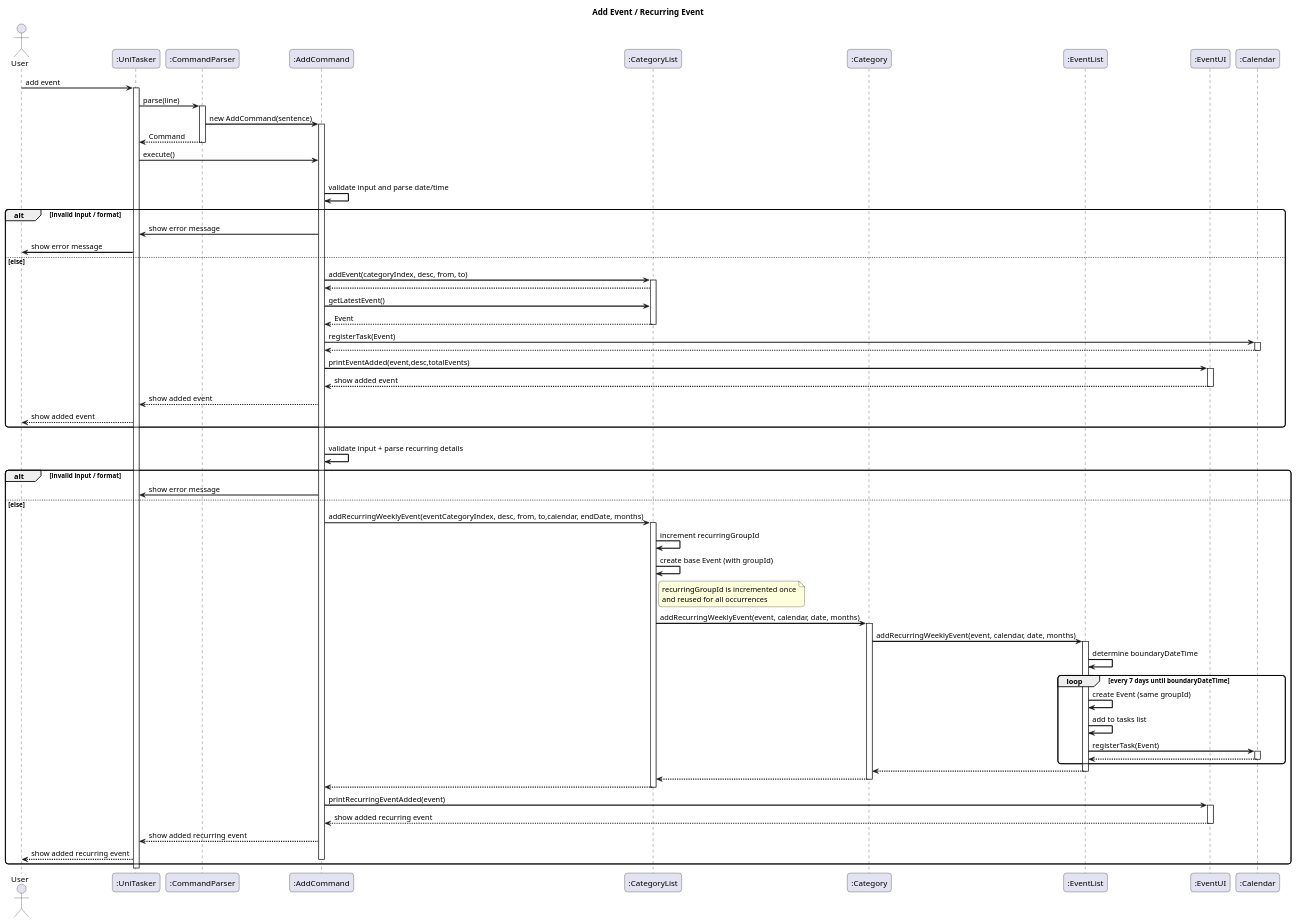
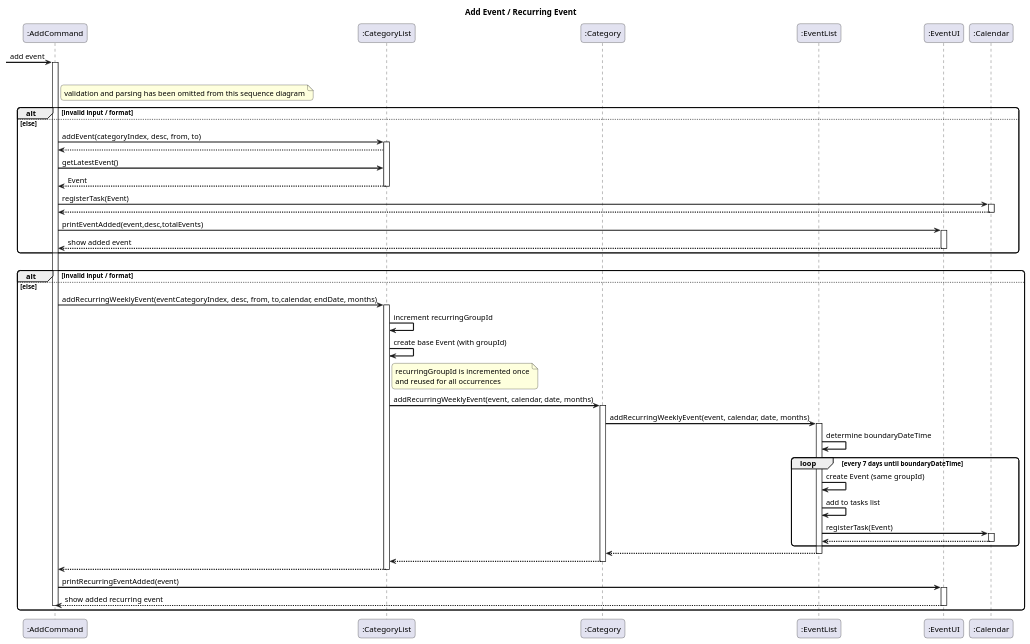
Before and after one commit to WenJunYu5984/tp: the diagram in docs/puml/AddEvent.puml, drawn with PlantUML. The commit also changed 2 other files, not shown here.

```diff
--- a/docs/puml/AddEvent.puml
+++ b/docs/puml/AddEvent.puml
@@ -1,112 +1,91 @@
 @startuml AddEvent
 
 skinparam sequenceArrowThickness 2
 skinparam roundcorner 10
 
 title Add Event / Recurring Event
 
-actor User
-participant ":UniTasker" as UT
-participant ":CommandParser" as CP
 participant ":AddCommand" as AC
 participant ":CategoryList" as CL
 participant ":Category" as CAT
 participant ":EventList" as EL
 participant ":EventUI" as UI
 participant ":Calendar" as CAL
 
-User -> UT : add event
-activate UT
+ -> AC : add event
+activate AC
 
-UT -> CP : parse(line)
-activate CP
-CP -> AC : new AddCommand(sentence)
-activate AC
-CP --> UT : Command
-deactivate CP
-
-UT -> AC : execute()
-'activate AC
 
 alt Normal Event
-    AC -> AC : validate input and parse date/time
-
+    note right of AC
+        validation and parsing has been omitted from this sequence diagram
+    end note
     alt invalid input / format
-        AC -> UT : show error message
-        UT -> User : show error message
     else else
         AC -> CL : addEvent(categoryIndex, desc, from, to)
         activate CL
         CL --> AC
 
         AC -> CL : getLatestEvent()
         CL --> AC : Event
         deactivate CL
 
         AC -> CAL : registerTask(Event)
         activate CAL
         CAL --> AC
         deactivate CAL
 
         AC -> UI : printEventAdded(event,desc,totalEvents)
         activate UI
         UI --> AC : show added event
         deactivate UI
-        AC --> UT : show added event
-        UT --> User : show added event
     end
 
 else Recurring Event
-    AC -> AC : validate input + parse recurring details
+'    AC -> AC : validate input + parse recurring details
 
     alt invalid input / format
-        AC -> UT : show error message
     else else
         AC -> CL : addRecurringWeeklyEvent(eventCategoryIndex, desc, from, to,calendar, endDate, months)
         activate CL
 
         CL -> CL : increment recurringGroupId
         CL -> CL : create base Event (with groupId)
 
         note right of CL
         recurringGroupId is incremented once
         and reused for all occurrences
         end note
 
         CL -> CAT : addRecurringWeeklyEvent(event, calendar, date, months)
         activate CAT
 
         CAT -> EL : addRecurringWeeklyEvent(event, calendar, date, months)
         activate EL
 
         EL -> EL : determine boundaryDateTime
 
         loop every 7 days until boundaryDateTime
             EL -> EL : create Event (same groupId)
             EL -> EL : add to tasks list
             EL -> CAL : registerTask(Event)
             activate CAL
             CAL --> EL
             deactivate CAL
         end
 
         EL --> CAT
         deactivate EL
         CAT --> CL
         deactivate CAT
         CL --> AC
         deactivate CL
 
         AC -> UI : printRecurringEventAdded(event)
         activate UI
         UI --> AC : show added recurring event
         deactivate UI
-        AC --> UT : show added recurring event
-        UT --> User : show added recurring event
         deactivate AC
     end
 
-deactivate AC
-deactivate UT
-
 @enduml
```
